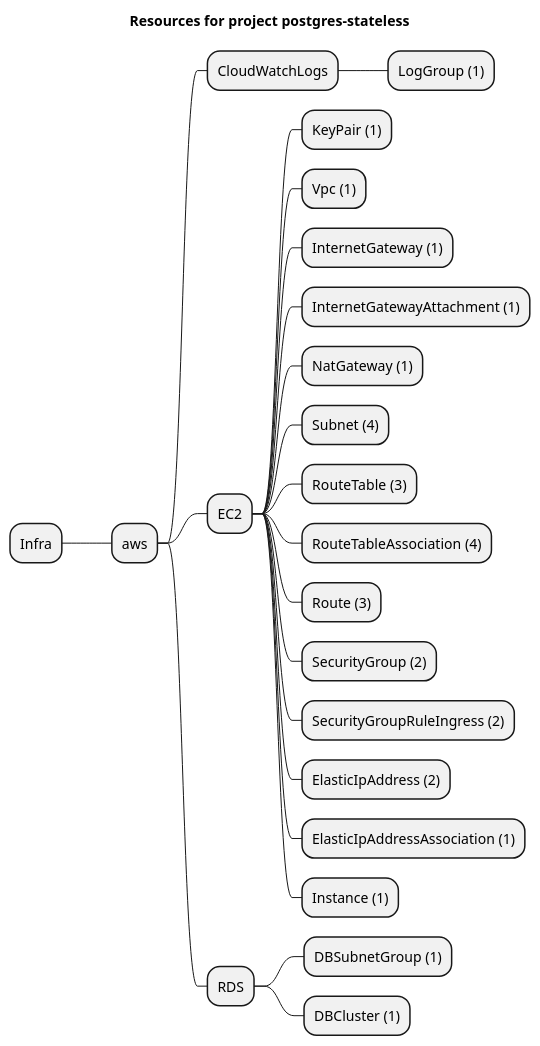
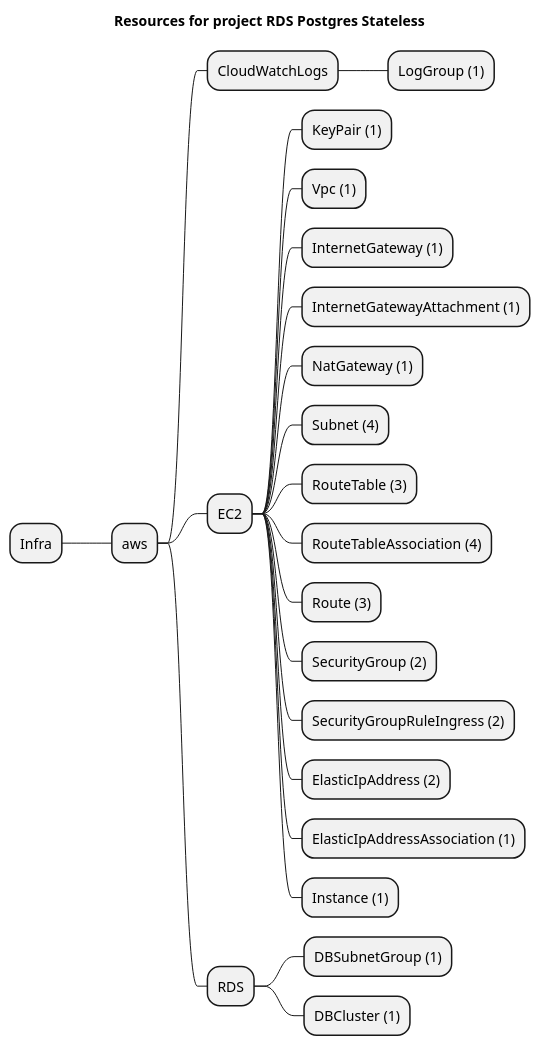
One commit to grucloud/grucloud changed the diagram in examples/aws/RDS/postgres-stateless/artifacts/resources-mindmap.puml. Above: the diagram before and after it, drawn with PlantUML. The commit also changed 25 other files, not shown here.

```diff
--- a/examples/aws/RDS/postgres-stateless/artifacts/resources-mindmap.puml
+++ b/examples/aws/RDS/postgres-stateless/artifacts/resources-mindmap.puml
@@ -1,26 +1,26 @@
 @startmindmap
-title Resources for project postgres-stateless
+title Resources for project RDS Postgres Stateless
 skinparam monochrome true
 + Infra
 ++ aws
 +++ CloudWatchLogs
 ++++ LogGroup (1)
 +++ EC2
 ++++ KeyPair (1)
 ++++ Vpc (1)
 ++++ InternetGateway (1)
 ++++ InternetGatewayAttachment (1)
 ++++ NatGateway (1)
 ++++ Subnet (4)
 ++++ RouteTable (3)
 ++++ RouteTableAssociation (4)
 ++++ Route (3)
 ++++ SecurityGroup (2)
 ++++ SecurityGroupRuleIngress (2)
 ++++ ElasticIpAddress (2)
 ++++ ElasticIpAddressAssociation (1)
 ++++ Instance (1)
 +++ RDS
 ++++ DBSubnetGroup (1)
 ++++ DBCluster (1)
 @endmindmap
```
